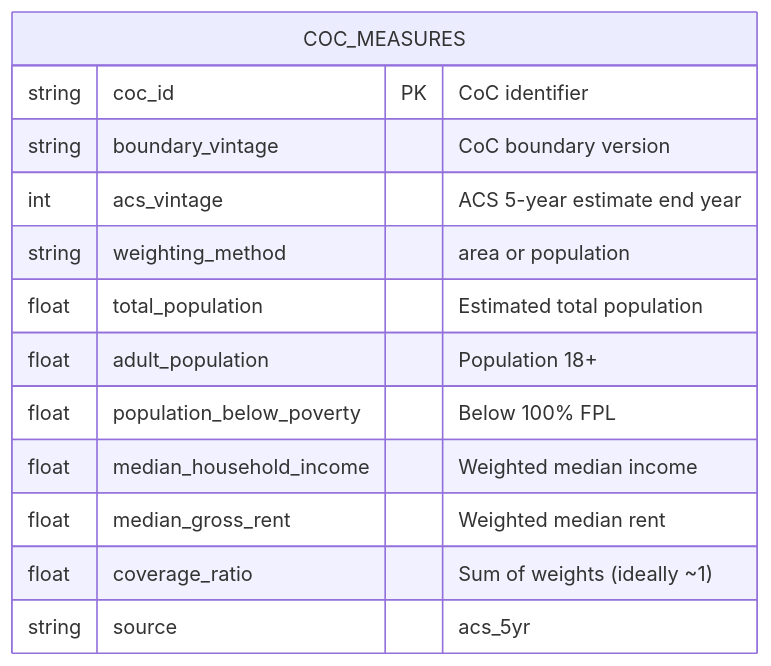
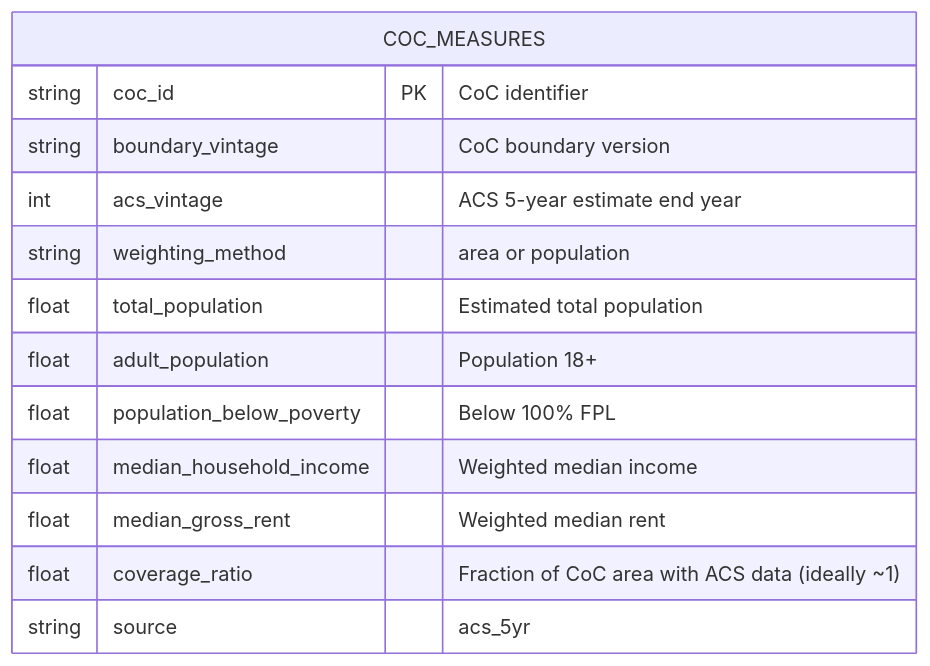
One commit to mlmcconnell1/CoC-Lab changed the eighth of 14 diagrams in manual-obsidian/CoC-Lab-Manual.md. Above: the diagram before and after it, drawn with Mermaid. The commit also changed other lines of this file, not shown here.

````diff
--- a/manual-obsidian/CoC-Lab-Manual.md
+++ b/manual-obsidian/CoC-Lab-Manual.md
@@ -1124,16 +1136,16 @@
 ```mermaid
 erDiagram
     COC_MEASURES {
         string coc_id PK "CoC identifier"
         string boundary_vintage "CoC boundary version"
         int acs_vintage "ACS 5-year estimate end year"
         string weighting_method "area or population"
         float total_population "Estimated total population"
         float adult_population "Population 18+"
         float population_below_poverty "Below 100% FPL"
         float median_household_income "Weighted median income"
         float median_gross_rent "Weighted median rent"
-        float coverage_ratio "Sum of weights (ideally ~1)"
+        float coverage_ratio "Fraction of CoC area with ACS data (ideally ~1)"
         string source "acs_5yr"
     }
 ```
````
